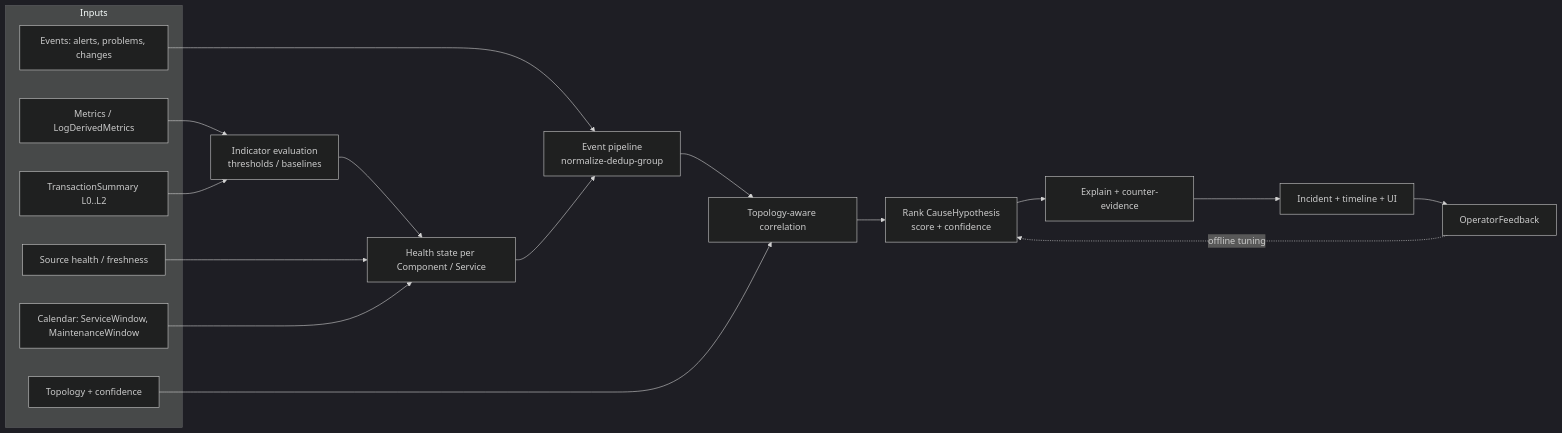
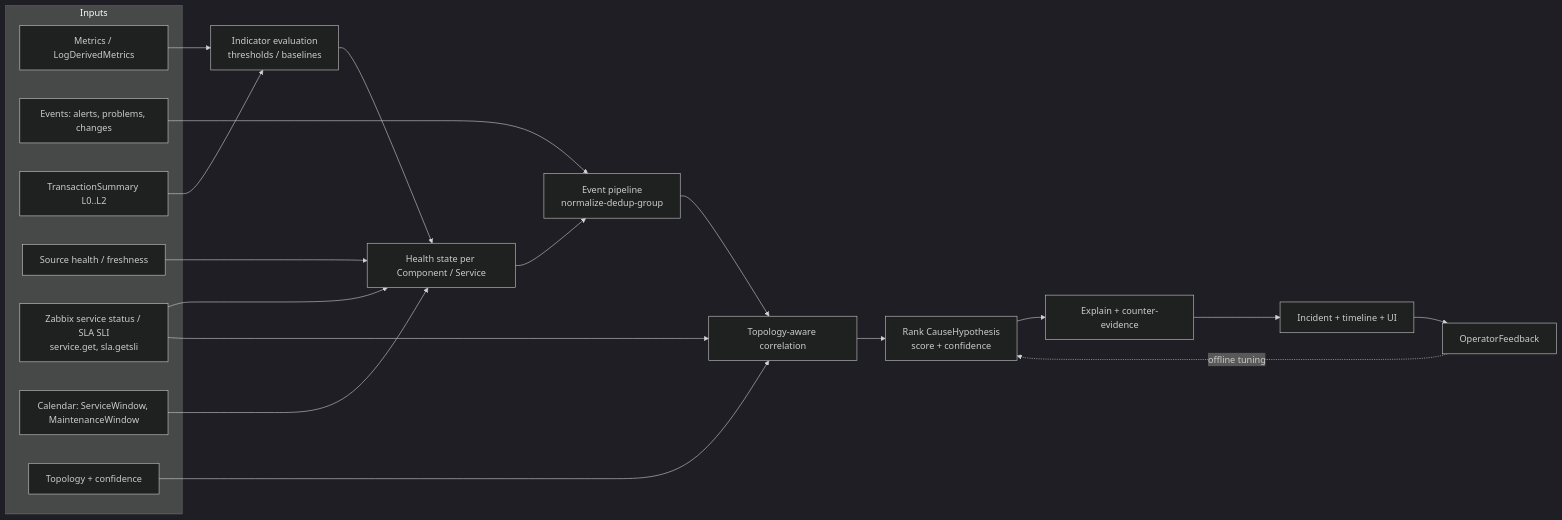
One commit to navy1919/IssabelMonitoring changed the first of 2 diagrams in docs/architecture/correlation-and-intelligence.md. Above: the diagram before and after it, drawn with Mermaid (dark theme). The commit also changed other lines of this file and 46 other files, not shown here.

````diff
--- a/docs/architecture/correlation-and-intelligence.md
+++ b/docs/architecture/correlation-and-intelligence.md
@@ -24,25 +25,28 @@
 ```mermaid
 flowchart LR
   subgraph Inputs
     M[Metrics / LogDerivedMetrics]
     E[Events: alerts, problems, changes]
     T[TransactionSummary L0..L2]
     SH[Source health / freshness]
+    ZS[Zabbix service status / SLA SLI<br/>service.get, sla.getsli]
     CAL[Calendar: ServiceWindow, MaintenanceWindow]
     TOP[Topology + confidence]
   end
   M --> IND[Indicator evaluation<br/>thresholds / baselines]
   T --> IND
   IND --> HS[Health state per Component / Service]
   SH --> HS
+  ZS --> HS
+  ZS --> COR
   CAL --> HS
   E --> EP[Event pipeline<br/>normalize-dedup-group]
   HS --> EP
   EP --> COR[Topology-aware correlation]
   TOP --> COR
   COR --> RANK[Rank CauseHypothesis<br/>score + confidence]
   RANK --> EXP[Explain + counter-evidence]
   EXP --> INC[Incident + timeline + UI]
   INC --> FB[OperatorFeedback]
   FB -.offline tuning.-> RANK
 ```
````
